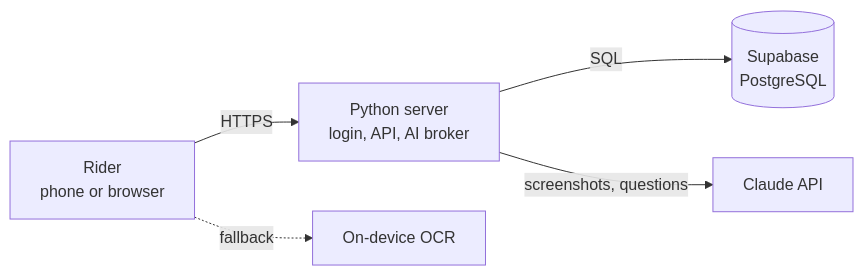
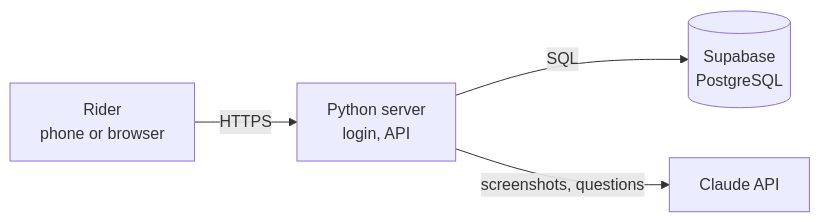
One commit to Pegasus717/TrueWage changed the second of 2 diagrams in README.md. Above: the diagram before and after it, drawn with Mermaid. The commit also changed other lines of this file and 1 other file, not shown here.

Commit message:
Simplify README; move detailed architecture to docs/architecture.md

````diff
--- a/README.md
+++ b/README.md
@@ -59,7 +44,6 @@
 ```mermaid
 flowchart LR
-    R["Rider<br/>phone or browser"] -->|HTTPS| S["Python server<br/>login, API, AI broker"]
+    R["Rider<br/>phone or browser"] -->|HTTPS| S["Python server<br/>login, API"]
     S -->|SQL| D[("Supabase<br/>PostgreSQL")]
     S -->|"screenshots, questions"| C["Claude API"]
-    R -.->|"fallback"| O["On-device OCR"]
 ```
````
